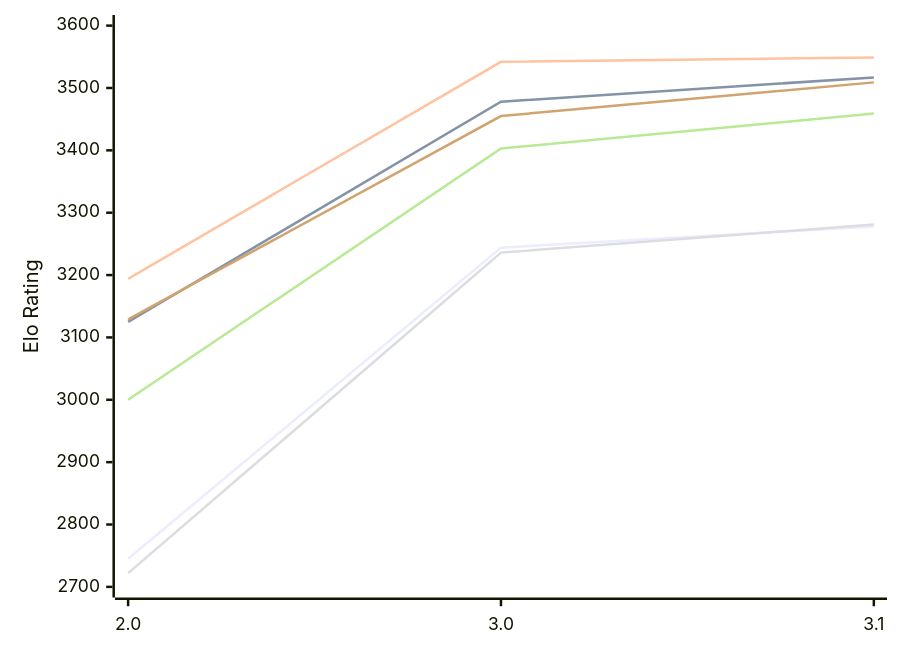
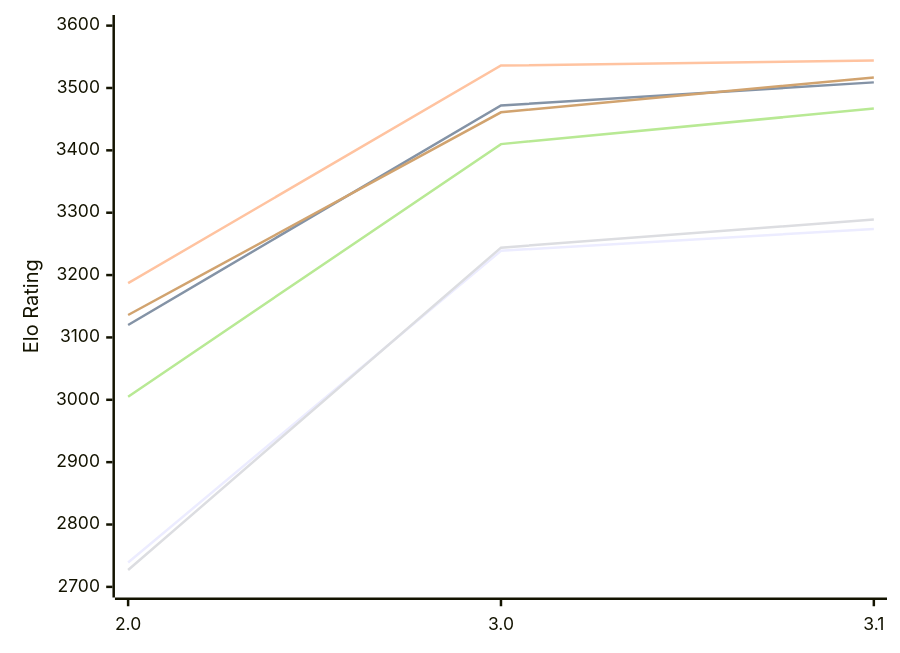
The diagram in engines/Funcomp.md (computer-chess-index/cci), drawn with Mermaid before and after one commit. The commit also changed other lines of this file, not shown here.

Commit message:
Update CCI Ratings (ELO VLTC) - 2026-11-18

````diff
--- a/engines/Funcomp.md
+++ b/engines/Funcomp.md
@@ -51,12 +51,12 @@
 ```mermaid
 %%{init: {"theme":"base","themeVariables":{"seriesColors:['#a3a3a3','#222221','#faa371']}}}%%
 xychart-beta
   x-axis ["2.0", "3.0", "3.1"]
   y-axis "Elo Rating" 2700 --> 3600
-  line "E1: STC (8.0+0.08s)" [2745, 3244, 3278]
-  line "E1: LTC (60.0+0.60s)" [3125, 3478, 3517]
-  line "E1: VLTC (2m24s+1.12s)" [3194, 3542, 3549]
-  line "P1: STC (8.0+0.08s)" [2722, 3236, 3281]
-  line "P1: LTC (60.0+0.60s)" [3000, 3403, 3459]
-  line "P1: VLTC (2m24s+1.12s)" [3129, 3455, 3509]
+  line "E1: STC (8.0+0.08s)" [2739, 3239, 3274]
+  line "E1: LTC (60.0+0.60s)" [3120, 3472, 3509]
+  line "E1: VLTC (2m24s+1.12s)" [3187, 3536, 3544]
+  line "P1: STC (8.0+0.08s)" [2727, 3244, 3289]
+  line "P1: LTC (60.0+0.60s)" [3005, 3410, 3467]
+  line "P1: VLTC (2m24s+1.12s)" [3136, 3461, 3517]
 ```
````
